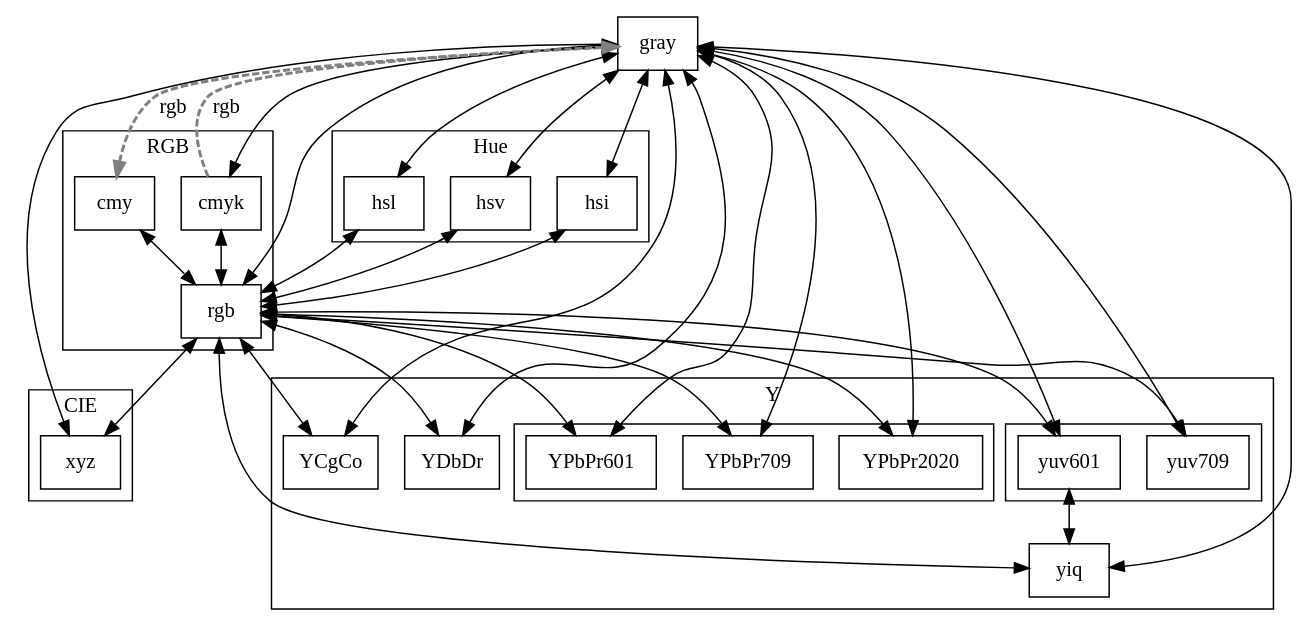
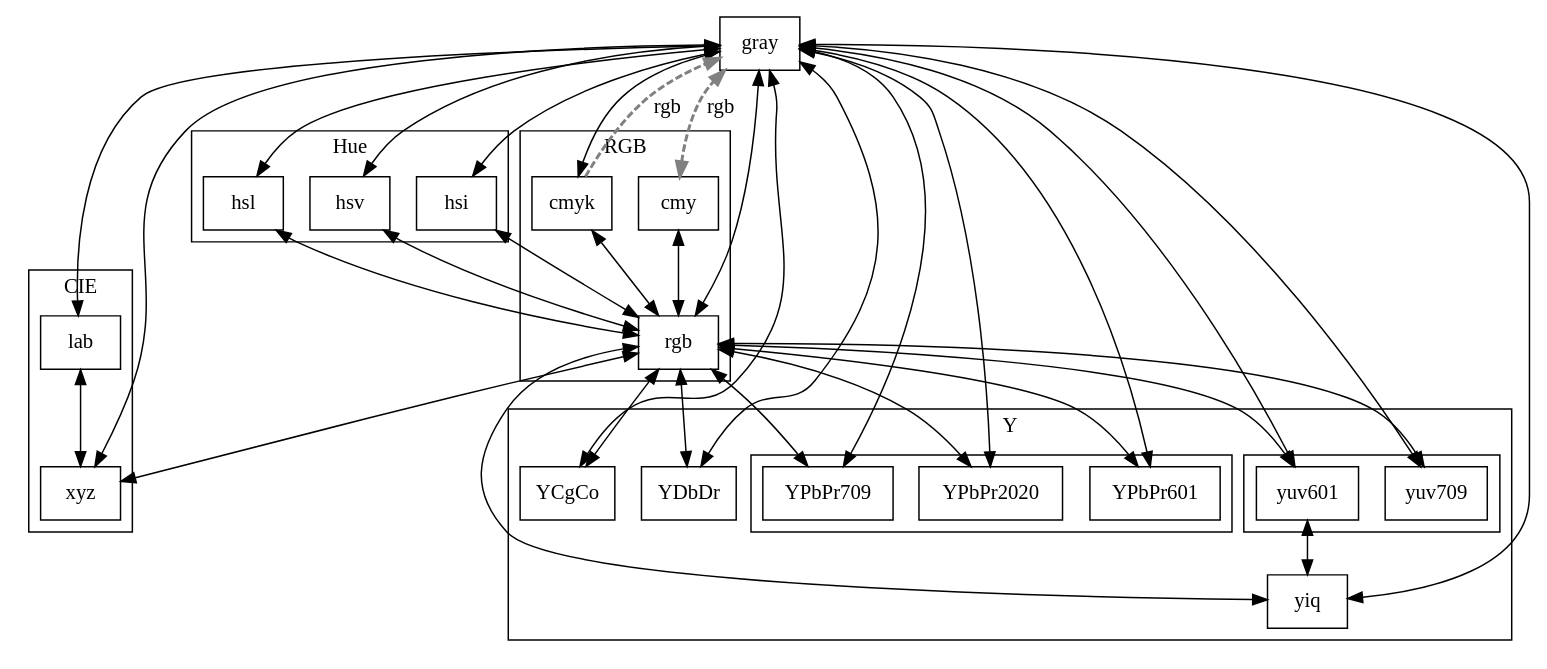
One commit to dmilos/color changed the diagram in doc/gv/conv.gv. Above: the diagram before and after it, drawn with Graphviz. The commit also changed 13 other files, not shown here.

Commit message:
* fix: [internal] conversions lab<-> cmy, cmyk, lab, hsi * update:[doc] Conversion graph * update:[doc] Lab introduced to HTML documentation

```diff
--- a/doc/gv/conv.gv
+++ b/doc/gv/conv.gv
@@ -1,115 +1,117 @@
 digraph color_conversion {
 	node [ shape ="box" ];
 	//gray [ color=gray, penwidth = 5 ];
 	//rgb [ style=striped , fillcolor="red:green:blue" ];
 
 	cmy  -> gray [ label = "rgb", style=dashed, color=gray, penwidth = 2, dir=both ];
 	cmy  -> rgb  [ label = "", dir=both  ];
 
 	cmyk -> gray[ label = "rgb", style=dashed, color=gray, penwidth = 2, dir=forward ];
 	cmyk -> rgb [ label = "", dir=both ];
 
 	gray -> cmyk [ label = "", dir=forward  ];
 	//gray -> hbw   [ label = "", dir=both  ];
 	gray -> hsi   [ label = "", dir=both ];
 	gray -> hsl   [ label = "", dir=both ];
 	gray -> hsv   [ label = "", dir=both  ];
+	gray -> lab   [ label = "", dir=both ];
 	gray -> rgb   [ label = "", dir=both ];
 	gray -> xyz   [ label = "", dir=both ];
 	gray -> YCgCo [ label = "", dir=both ];
 	gray -> YDbDr [ label = "", dir=both ];
 	gray -> yiq   [ label = "", dir=both ];
 	gray -> YPbPr601  [ label = "", dir=both ];
 	gray -> YPbPr709  [ label = "", dir=both ];
 	gray -> YPbPr2020 [ label = "", dir=both ];
 	gray -> yuv601   [ label = "", dir=both ];
 	gray -> yuv709   [ label = "", dir=both ];
 
 	//hbw  -> hsv[ label = "", dir=both ];
 
 	hsi  -> rgb [ label = "", dir=both ];
 
 	hsl  -> rgb [ label = "", dir=both ];
 
 	hsv  -> rgb [ label = "", dir=both ];
 
+	lab -> xyz [ label = "", dir=both ];
+
 	rgb -> xyz   [ label = "", dir=both ];
 	rgb -> YCgCo [ label = "", dir=both ];
 	rgb -> YDbDr [ label = "", dir=both ];
 	rgb -> yiq   [ label = "", dir=both ];
 	rgb -> YPbPr601  [ label = "", dir=both ];
 	rgb -> YPbPr709  [ label = "", dir=both ];
 	rgb -> YPbPr2020 [ label = "", dir=both ];
 	rgb -> yuv601[ label = "", dir=both ];
 	rgb -> yuv709[ label = "", dir=both ];
 
 	//xyz -> Hunter  [ label = "", dir=both ];
 	//xyz -> xyY     [ label = "", dir=both ];
-	//xyz -> Lab     [ label = "", dir=both ];
 	//xyz -> Luv     [ label = "", dir=both ];
 	//xyz -> LMS     [ label = "", dir=both ];
-	//Lab -> LCHab   [ label = "", dir=both ];
+	//lab -> LCHab   [ label = "", dir=both ];
 	//Luv -> LCHub   [ label = "", dir=both ];
 
 	//yuv -> yuv   [ label = "", dir=both ];
 
 	yuv601 -> yiq   [ label = "", dir=both ];
 
 	subgraph cluster_hue
 	{
 		label = "Hue";
 		//node [ ] hbw;
 		node [ ] hsi;
 		node [ ] hsl;
 		node [ ] hsv;
 	}
 
 	subgraph cluster_Y
 	{
 		label = "Y";
 		node [ ] YCgCo;
 		node [ ] YDbDr;
 		node [ ] yiq  ;
 		node [ ] YPbPr601 ;
 		node [ ] YPbPr709 ;
 		node [ ] YPbPr2020;
 		node [ ] yuv601;
 		node [ ] yuv709;
 		subgraph cluster_yuv
 		{
 			label = "";
 			node [ ] yuv601;
 			node [ ] yuv709;
 		}
 		subgraph cluster_YPbPr
 		{
 			label = "";
 			node [ ] YPbPr601 ;
 			node [ ] YPbPr709 ;
 			node [ ] YPbPr2020;
 		}
 	}
 
 	subgraph cluster_CIE
 	{
 		label = "CIE";
 		node [ ] xyz;
 		//node [ ] Hunter;
 		//node [ ] xyY;
-		//node [ ] Lab;
+		node [ ] lab;
 		//node [ ] Luv;
 		//node [ ] LMS;
 		//node [ ] LCHab;
 		//node [ ] LCHub;
 	}
 
 	subgraph cluster_RGB
 	{
 		label = "RGB";
 		node [ ] cmy;
 		node [ ] rgb;
 		node [ ] cmyk;
 	}
 
 
 }
```
